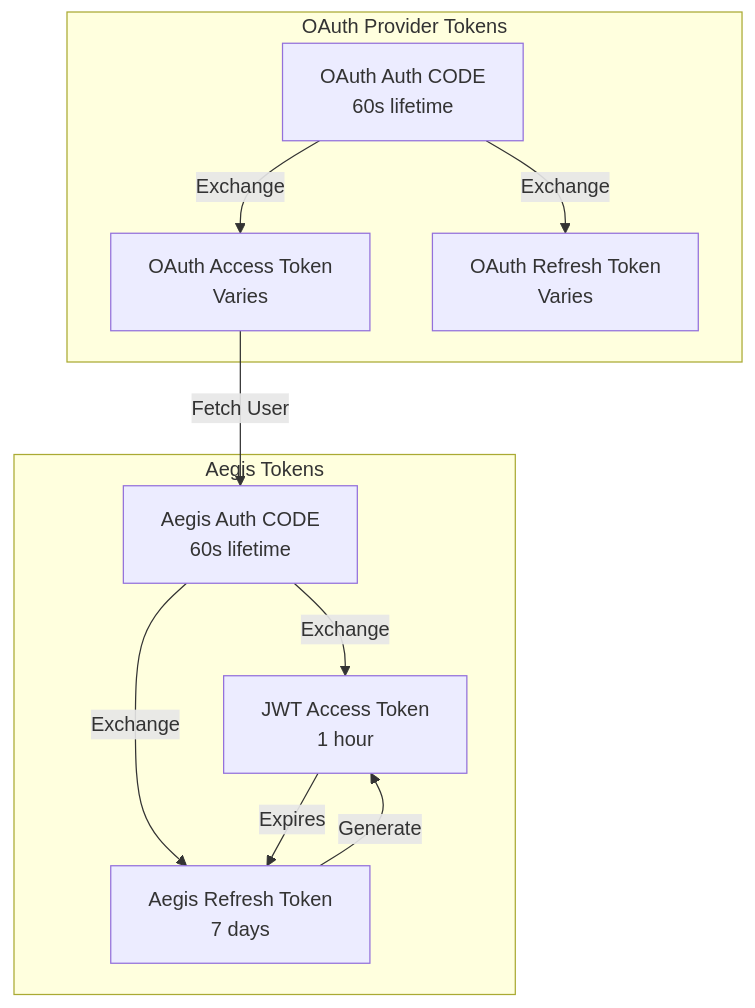
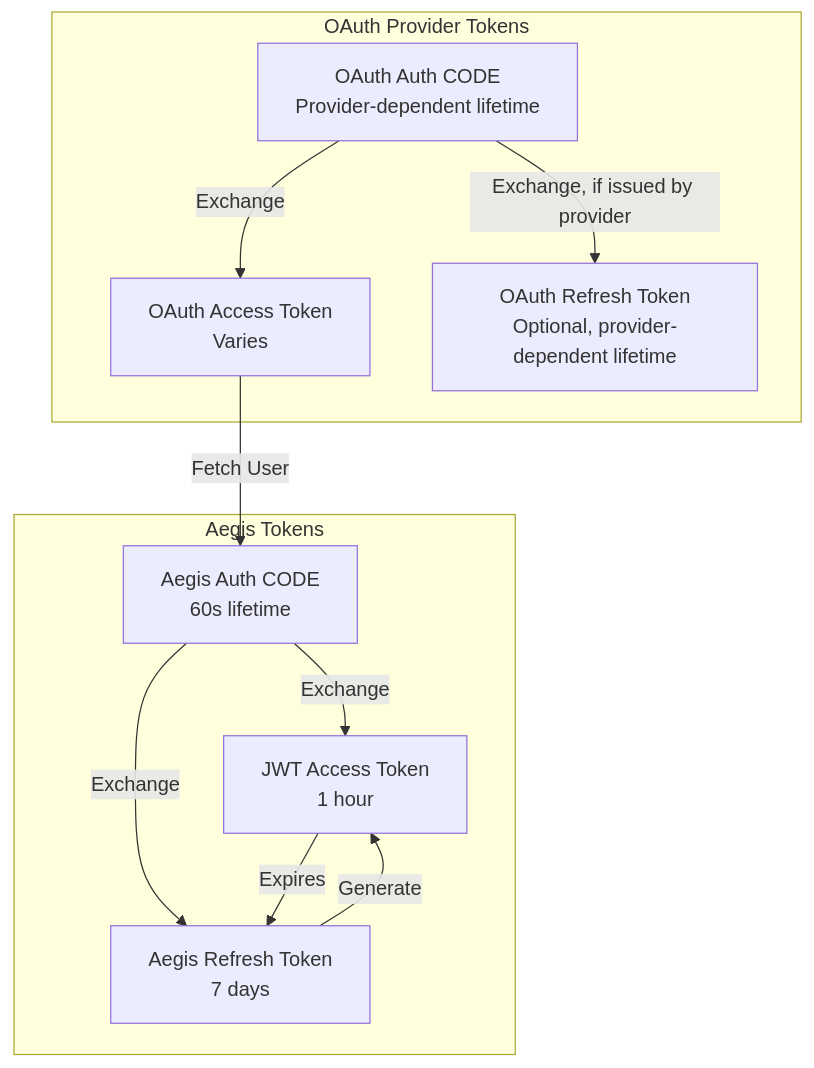
One commit to peterbud/nuxt-aegis changed the first of 5 diagrams in docs/architecture/token-lifecycle.md. Above: the diagram before and after it, drawn with Mermaid. The commit also changed other lines of this file and 4 other files, not shown here.

Commit message:
docs: refactor and review all architecture docs

````diff
--- a/docs/architecture/token-lifecycle.md
+++ b/docs/architecture/token-lifecycle.md
@@ -11,23 +11,23 @@
 ```mermaid
 graph TB
     subgraph "OAuth Provider Tokens"
-        OAuthCode[OAuth Auth CODE<br/>60s lifetime]
+    OAuthCode[OAuth Auth CODE<br/>Provider-dependent lifetime]
         OAuthAccess[OAuth Access Token<br/>Varies]
-        OAuthRefresh[OAuth Refresh Token<br/>Varies]
+    OAuthRefresh[OAuth Refresh Token<br/>Optional, provider-dependent lifetime]
     end
     
     subgraph "Aegis Tokens"
         AegisCode[Aegis Auth CODE<br/>60s lifetime]
         JWT[JWT Access Token<br/>1 hour]
         AegisRefresh[Aegis Refresh Token<br/>7 days]
     end
     
     OAuthCode -->|Exchange| OAuthAccess
-    OAuthCode -->|Exchange| OAuthRefresh
+    OAuthCode -->|Exchange, if issued by provider| OAuthRefresh
     OAuthAccess -->|Fetch User| AegisCode
     AegisCode -->|Exchange| JWT
     AegisCode -->|Exchange| AegisRefresh
     AegisRefresh -->|Generate| JWT
     JWT -->|Expires| AegisRefresh
     
 ```
````
